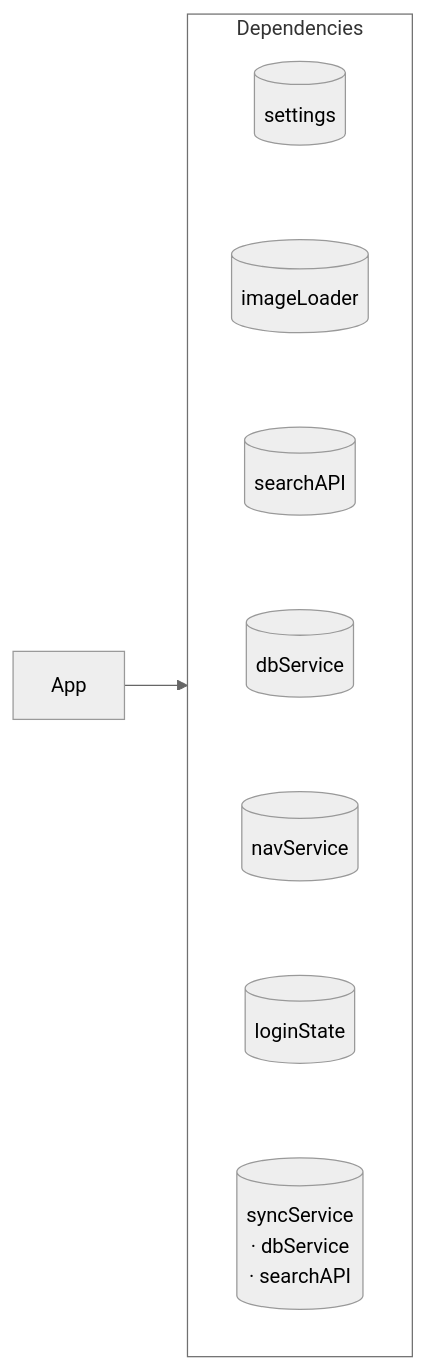
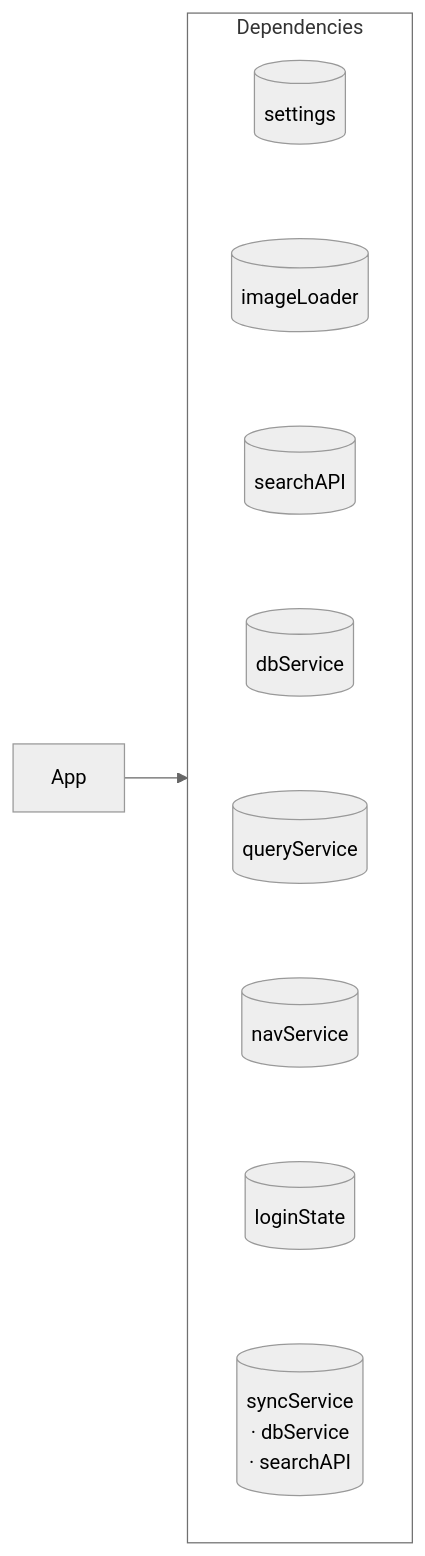
One commit to sisoje/hypermodular changed the seventh of 8 diagrams in hypermodular/SKILL.md. Above: the diagram before and after it, drawn with Mermaid (neutral theme). The commit also changed other lines of this file and 26 other files, not shown here.

````diff
--- a/hypermodular/SKILL.md
+++ b/hypermodular/SKILL.md
@@ -348,20 +362,21 @@
 ```mermaid
 %% Root: App · Dependencies
 flowchart LR
     subgraph Dependencies
         direction TB
         settings[(settings)]
         imageLoader[(imageLoader)]
         searchAPI[(searchAPI)]
         dbService[(dbService)]
+        queryService[(queryService)]
         navService[(navService)]
         loginState[(loginState)]
         syncService[("syncService<br/>· dbService<br/>· searchAPI")]
-        settings ~~~ imageLoader ~~~ searchAPI ~~~ dbService ~~~ navService ~~~ loginState ~~~ syncService
+        settings ~~~ imageLoader ~~~ searchAPI ~~~ dbService ~~~ queryService ~~~ navService ~~~ loginState ~~~ syncService
     end
 
     App --> Dependencies
 
     classDef deps fill:none
     class Dependencies deps
 ```
````
